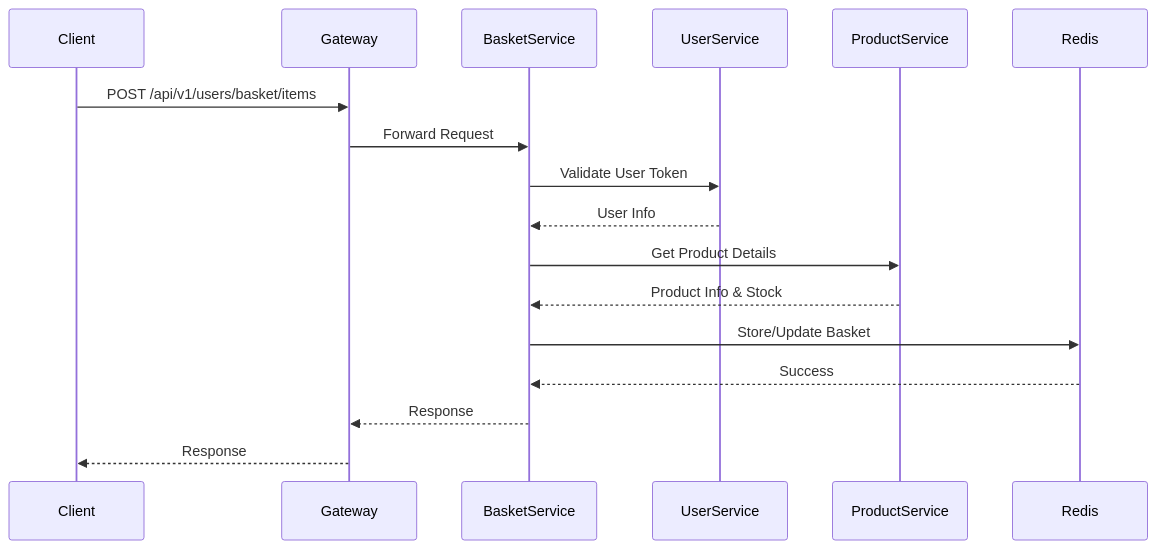
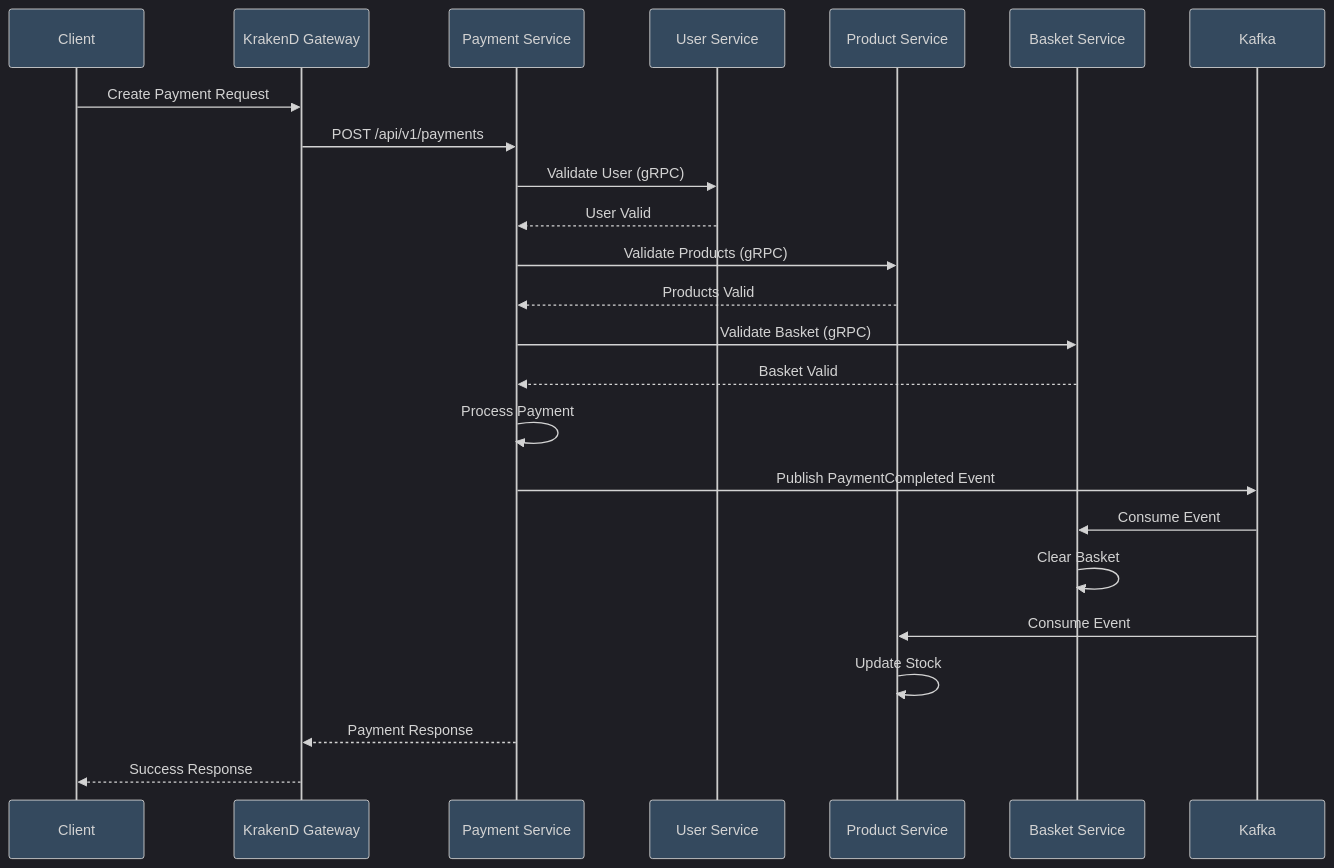
The second of 11 diagrams in README.md (ozturkeniss/ddd-micro), drawn with Mermaid before and after one commit. The commit also changed other lines of this file, not shown here.

First line of the commit message:
Enhance README with comprehensive architecture overview and service communication flow

````diff
--- a/README.md
+++ b/README.md
@@ -52,24 +57,28 @@
 ```mermaid
+%%{init: {'theme':'dark', 'themeVariables': { 'primaryColor': '#ff6b6b', 'primaryTextColor': '#ffffff', 'primaryBorderColor': '#ff6b6b', 'lineColor': '#ffffff', 'secondaryColor': '#4ecdc4', 'tertiaryColor': '#45b7d1', 'background': '#2c3e50', 'mainBkg': '#34495e', 'secondBkg': '#2c3e50', 'tertiaryBkg': '#34495e'}}}%%
 sequenceDiagram
-    participant Client
-    participant Gateway
-    participant BasketService
-    participant UserService
-    participant ProductService
-    participant Redis
+    participant C as Client
+    participant KG as KrakenD Gateway
+    participant PS as Payment Service
+    participant US as User Service
+    participant PRS as Product Service
+    participant BS as Basket Service
+    participant K as Kafka
     
-    Client->>Gateway: POST /api/v1/users/basket/items
-    Gateway->>BasketService: Forward Request
-    
-    BasketService->>UserService: Validate User Token
-    UserService-->>BasketService: User Info
-    
-    BasketService->>ProductService: Get Product Details
-    ProductService-->>BasketService: Product Info & Stock
-    
-    BasketService->>Redis: Store/Update Basket
-    Redis-->>BasketService: Success
-    
-    BasketService-->>Gateway: Response
-    Gateway-->>Client: Response
+    C->>KG: Create Payment Request
+    KG->>PS: POST /api/v1/payments
+    PS->>US: Validate User (gRPC)
+    US-->>PS: User Valid
+    PS->>PRS: Validate Products (gRPC)
+    PRS-->>PS: Products Valid
+    PS->>BS: Validate Basket (gRPC)
+    BS-->>PS: Basket Valid
+    PS->>PS: Process Payment
+    PS->>K: Publish PaymentCompleted Event
+    K->>BS: Consume Event
+    BS->>BS: Clear Basket
+    K->>PRS: Consume Event
+    PRS->>PRS: Update Stock
+    PS-->>KG: Payment Response
+    KG-->>C: Success Response
 ```
````
